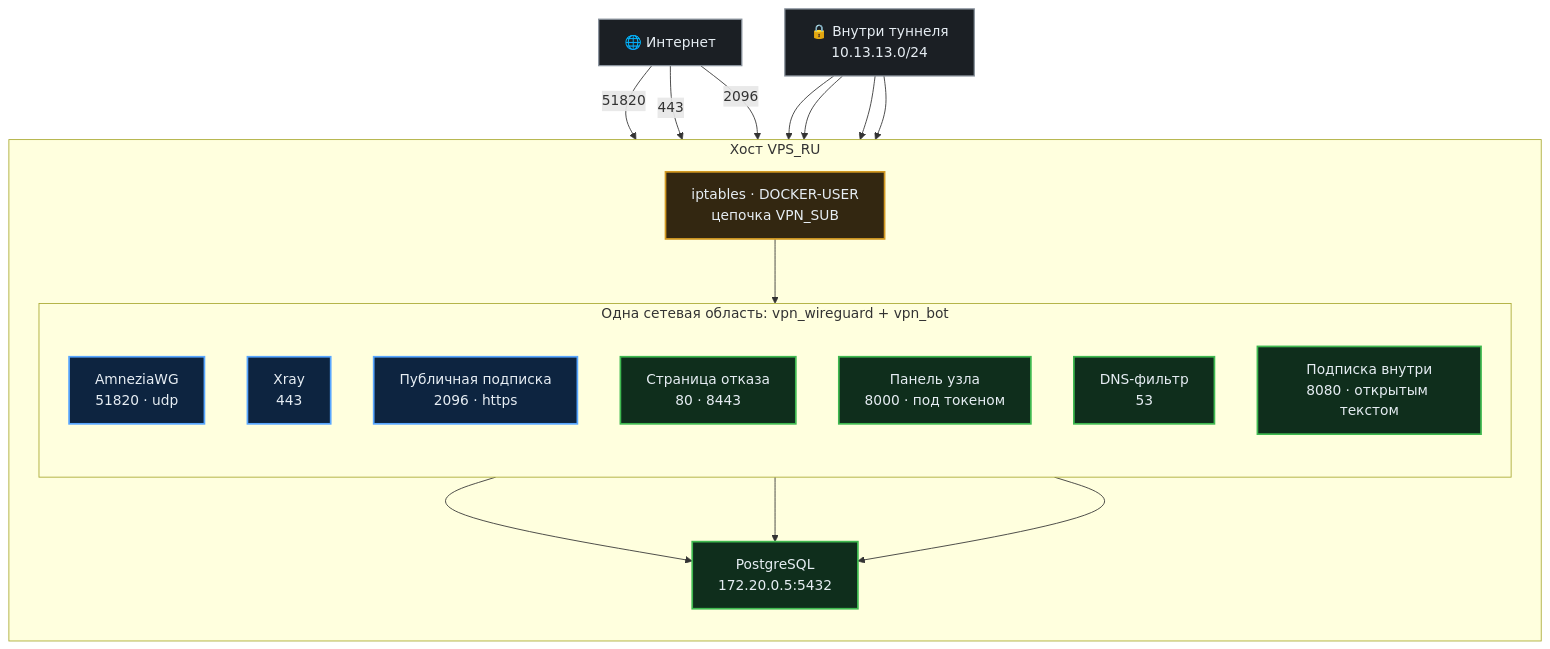
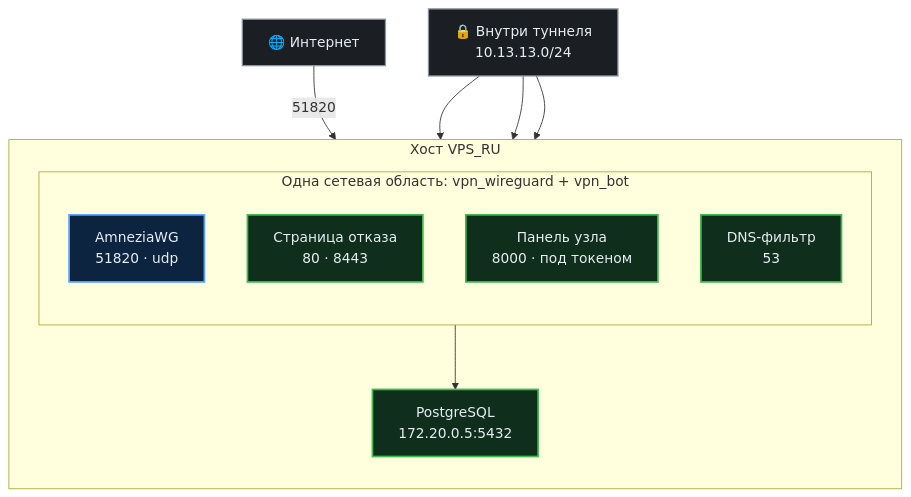
One commit to AnDyQnn/vpn_awg_2_VPS_pub changed the first of 2 diagrams in docs/ports.md. Above: the diagram before and after it, drawn with Mermaid. The commit also changed other lines of this file and 114 other files, not shown here.

````diff
--- a/docs/ports.md
+++ b/docs/ports.md
@@ -63,44 +57,32 @@
 ```mermaid
 flowchart TB
     NET["🌐 Интернет"]
 
     subgraph HOST["Хост VPS_RU"]
         direction TB
         subgraph NS["Одна сетевая область: vpn_wireguard + vpn_bot"]
             direction TB
             AWG["AmneziaWG<br/>51820 · udp"]
-            XRAY["Xray<br/>443"]
-            SUBOUT["Публичная подписка<br/>2096 · https"]
             PAGE["Страница отказа<br/>80 · 8443"]
             API["Панель узла<br/>8000 · под токеном"]
             DNSF["DNS-фильтр<br/>53"]
-            SUBIN["Подписка внутри<br/>8080 · открытым текстом"]
         end
         DB["PostgreSQL<br/>172.20.0.5:5432"]
-        FW["iptables · DOCKER-USER<br/>цепочка VPN_SUB"]
     end
 
     TUN["🔒 Внутри туннеля<br/>10.13.13.0/24"]
 
     NET -->|"51820"| AWG
-    NET -->|"443"| XRAY
-    NET -->|"2096"| FW
-    FW --> SUBOUT
     TUN --> PAGE
     TUN --> API
     TUN --> DNSF
-    TUN --> SUBIN
     API --> DB
-    SUBIN --> DB
-    SUBOUT --> DB
 
     classDef pub  fill:#0d2440,stroke:#58a6ff,stroke-width:2px,color:#e6edf3
     classDef priv fill:#0f2e1c,stroke:#3fb950,stroke-width:2px,color:#e6edf3
-    classDef guard fill:#332711,stroke:#d29922,stroke-width:2px,color:#e6edf3
     classDef out  fill:#1b1f24,stroke:#8b949e,stroke-width:1.5px,color:#e6edf3
 
-    class AWG,XRAY,SUBOUT pub
-    class PAGE,API,DNSF,SUBIN,DB priv
-    class FW guard
+    class AWG pub
+    class PAGE,API,DNSF,DB priv
     class NET,TUN out
 ```
````
